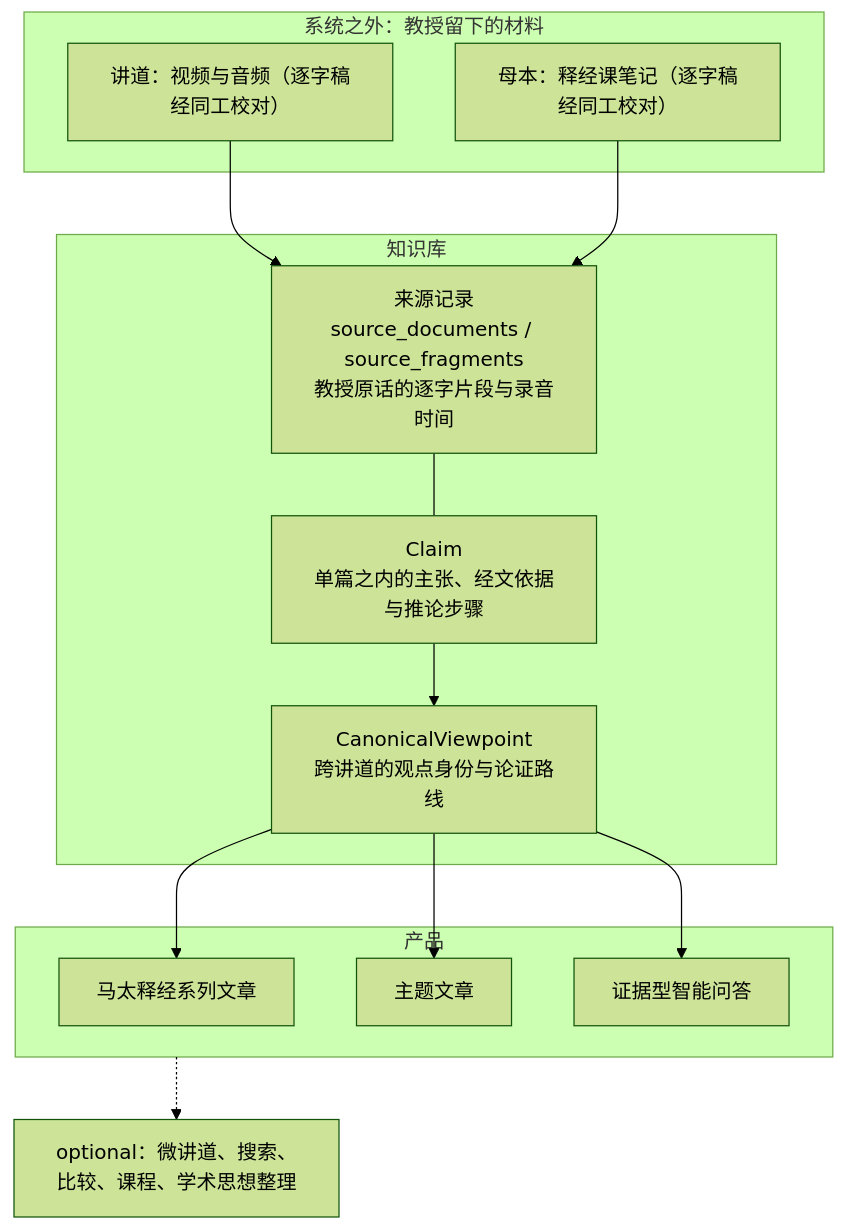
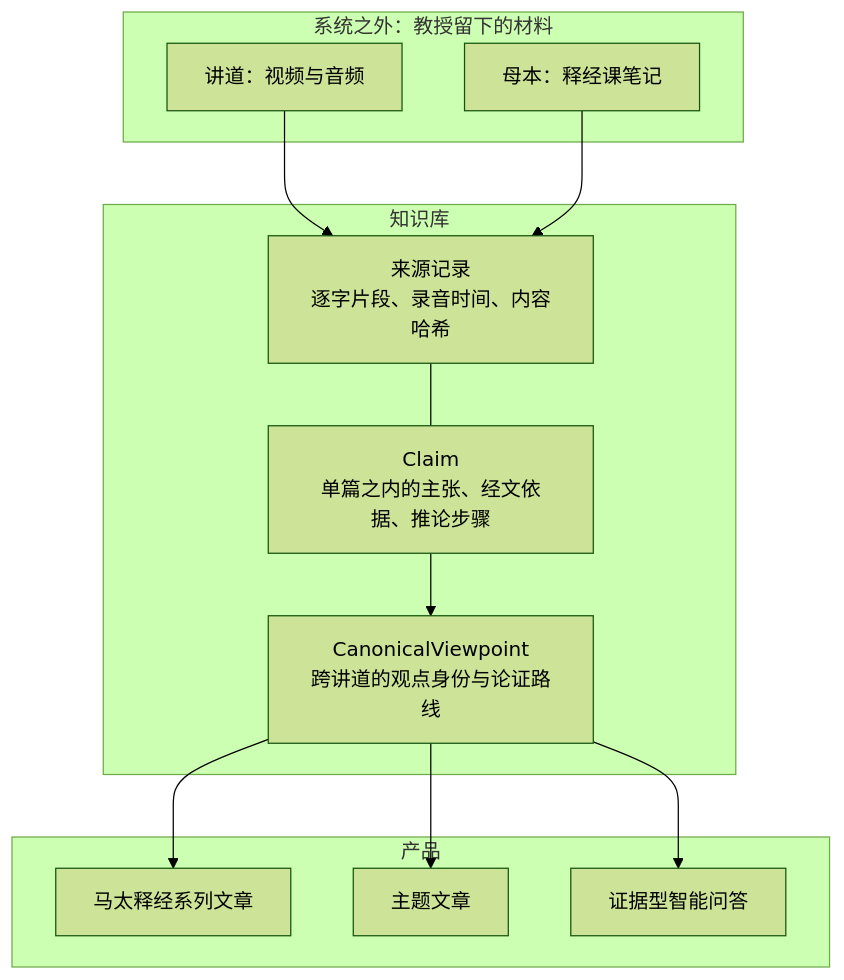
One commit to junyang168/smart-answer changed the diagram in docs/wang-knowledge-platform/00-overview/solution_architecture.md. Above: the diagram before and after it, drawn with Mermaid (forest theme). The commit also changed other lines of this file and 2 other files, not shown here.

````diff
--- a/docs/wang-knowledge-platform/00-overview/solution_architecture.md
+++ b/docs/wang-knowledge-platform/00-overview/solution_architecture.md
@@ -199,28 +73,27 @@
 ```mermaid
 flowchart TD
     subgraph L0["系统之外：教授留下的材料"]
-        SERMON["讲道：视频与音频（逐字稿经同工校对）"]
-        NOTES["母本：释经课笔记（逐字稿经同工校对）"]
+        SERMON["讲道：视频与音频"]
+        NOTES["母本：释经课笔记"]
     end
 
     subgraph L1["知识库"]
-        PROV["来源记录<br/>source_documents / source_fragments<br/>教授原话的逐字片段与录音时间"]
-        CLAIM["Claim<br/>单篇之内的主张、经文依据与推论步骤"]
+        PROV["来源记录<br/>逐字片段、录音时间、内容哈希"]
+        CLAIM["Claim<br/>单篇之内的主张、经文依据、推论步骤"]
         CVP["CanonicalViewpoint<br/>跨讲道的观点身份与论证路线"]
         PROV --- CLAIM
         CLAIM --> CVP
     end
 
     subgraph L2["产品"]
         ART["马太释经系列文章"]
         TOPIC["主题文章"]
         QA["证据型智能问答"]
     end
 
     SERMON --> PROV
     NOTES --> PROV
     CVP --> ART
     CVP --> TOPIC
     CVP --> QA
-    L2 -.-> OPT["optional：微讲道、搜索、比较、课程、学术思想整理"]
 ```
````
